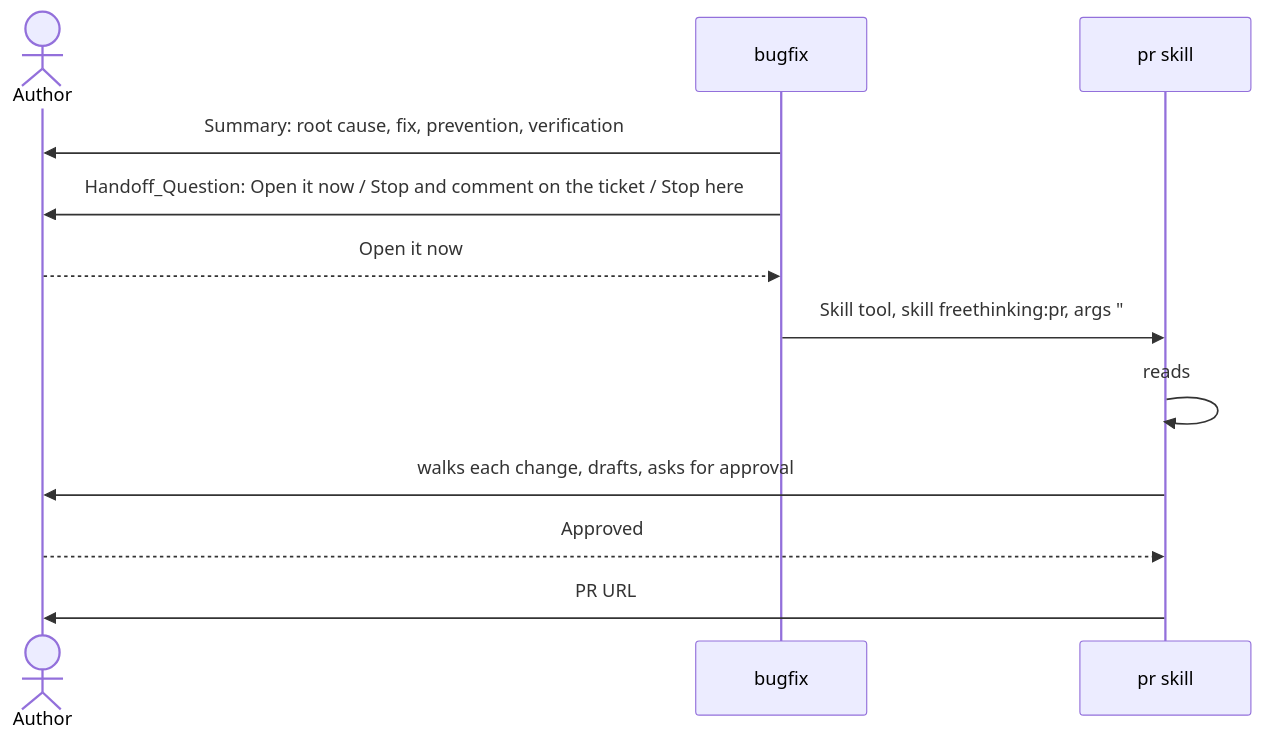
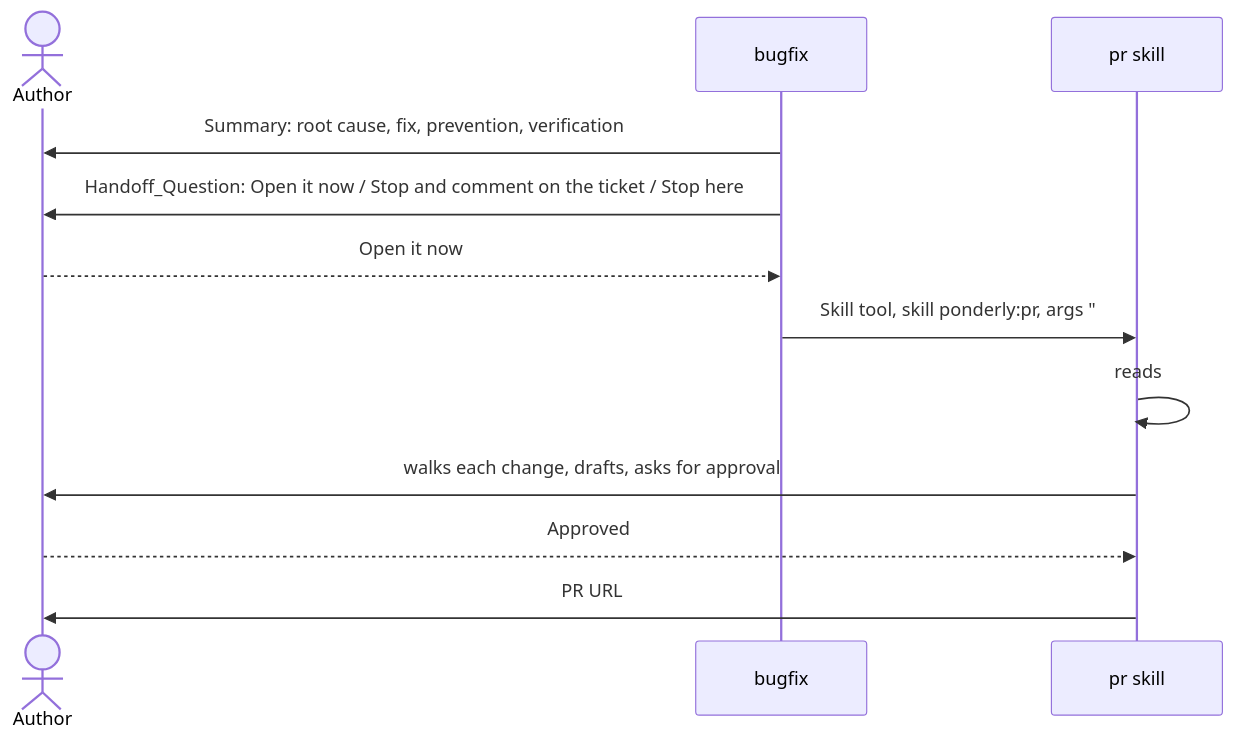
The second of 2 diagrams in .ponderly/specs/bugfix-cx-and-handoff/design.md (freethinkingit/dev_tools), drawn with Mermaid before and after one commit. The commit also changed other lines of this file and 182 other files, not shown here.

````diff
--- a/.ponderly/specs/bugfix-cx-and-handoff/design.md
+++ b/.ponderly/specs/bugfix-cx-and-handoff/design.md
@@ -37,14 +37,14 @@
 ```mermaid
 sequenceDiagram
     actor Au as Author
     participant B as bugfix
     participant P as pr skill
     B->>Au: Summary: root cause, fix, prevention, verification
     B->>Au: Handoff_Question: Open it now / Stop and comment on the ticket / Stop here
     Au-->>B: Open it now
-    B->>P: Skill tool, skill freethinking:pr, args "#12"
+    B->>P: Skill tool, skill ponderly:pr, args "#12"
     P->>P: reads #12 with gh, offers the branch and the commit
     P->>Au: walks each change, drafts, asks for approval
     Au-->>P: Approved
     P->>Au: PR URL
 ```
````
